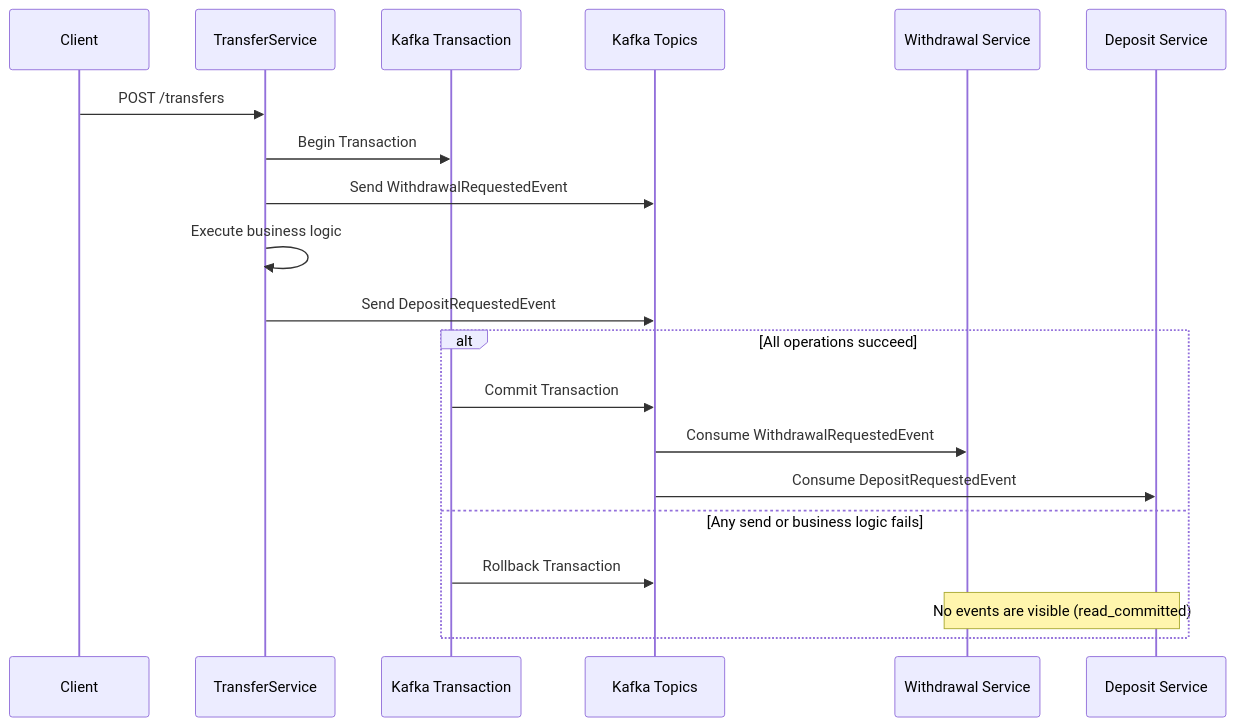
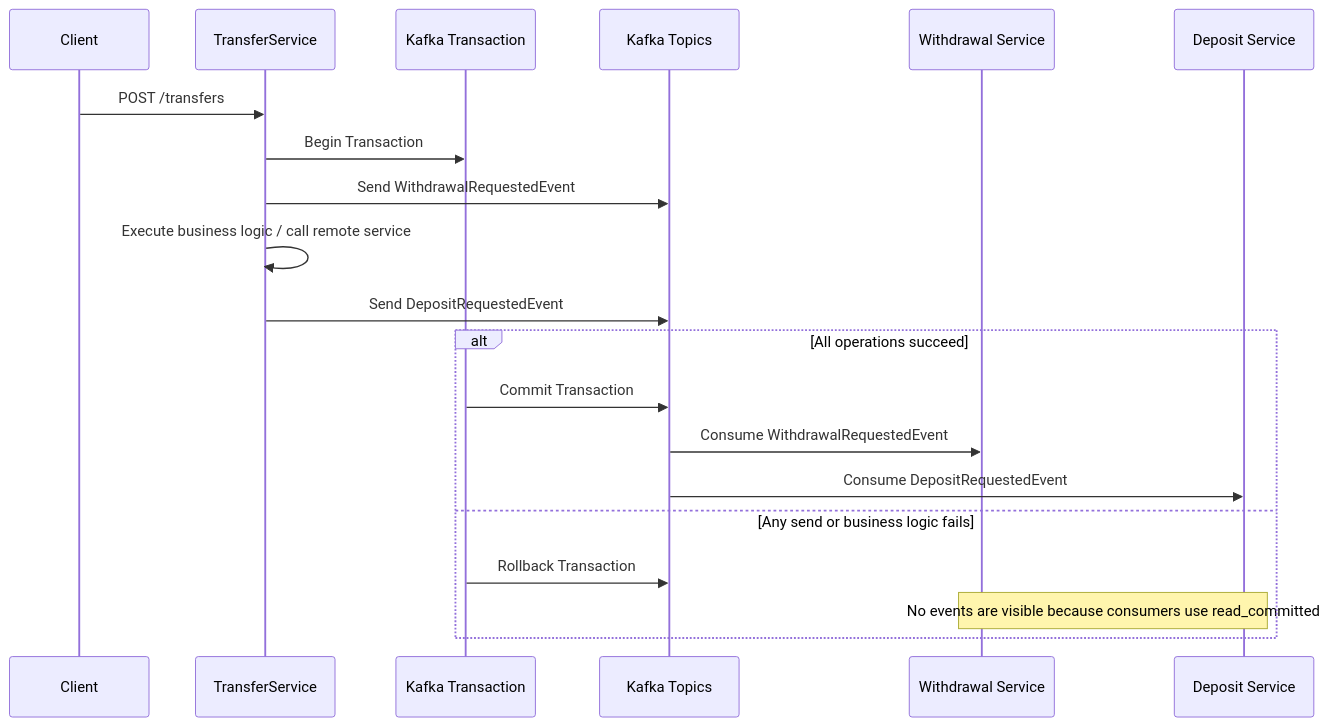
The diagram in README.md (mariamgaber/kafka-transactions-demo), drawn with Mermaid before and after one commit. The commit also changed other lines of this file, not shown here.

````diff
--- a/README.md
+++ b/README.md
@@ -58,25 +60,25 @@
 ```mermaid
 sequenceDiagram
     participant Client
     participant TransferService
     participant Kafka Transaction
     participant Kafka Topics
     participant Withdrawal Service
     participant Deposit Service
 
     Client->>TransferService: POST /transfers
     TransferService->>Kafka Transaction: Begin Transaction
 
     TransferService->>Kafka Topics: Send WithdrawalRequestedEvent
-    TransferService->>TransferService: Execute business logic
+    TransferService->>TransferService: Execute business logic / call remote service
     TransferService->>Kafka Topics: Send DepositRequestedEvent
 
     alt All operations succeed
         Kafka Transaction->>Kafka Topics: Commit Transaction
         Kafka Topics->>Withdrawal Service: Consume WithdrawalRequestedEvent
         Kafka Topics->>Deposit Service: Consume DepositRequestedEvent
     else Any send or business logic fails
         Kafka Transaction->>Kafka Topics: Rollback Transaction
-        Note over Withdrawal Service,Deposit Service: No events are visible (read_committed)
+        Note over Withdrawal Service,Deposit Service: No events are visible because consumers use read_committed
     end
 ```
````
